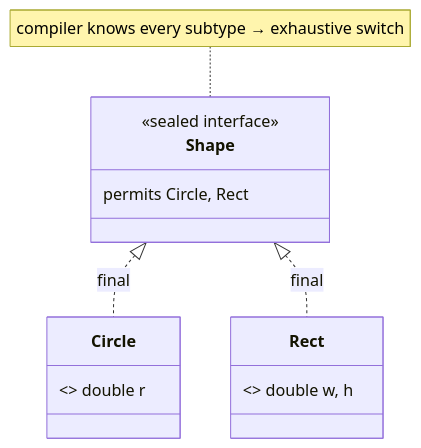
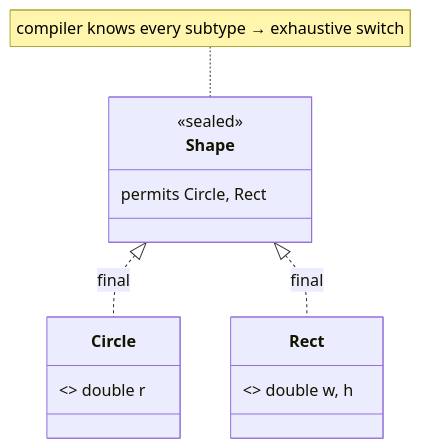
The diagram in Java/08_Modern-Java/02 Sealed Classes.md (kotiansukesh/Engineering-Knowledge-System), drawn with Mermaid before and after one commit. The commit also changed other lines of this file and 546 other files, not shown here.

````diff
--- a/Java/08_Modern-Java/02 Sealed Classes.md
+++ b/Java/08_Modern-Java/02 Sealed Classes.md
@@ -14,12 +21,12 @@
 ```mermaid
 classDiagram
  class Shape {
- <<sealed interface>>
+ <<sealed>>
  permits Circle, Rect
  }
  class Circle { <<record>> double r }
  class Rect { <<record>> double w, h }
  Shape <|.. Circle: final
  Shape <|.. Rect: final
  note for Shape "compiler knows every subtype → exhaustive switch"
 ```
````
